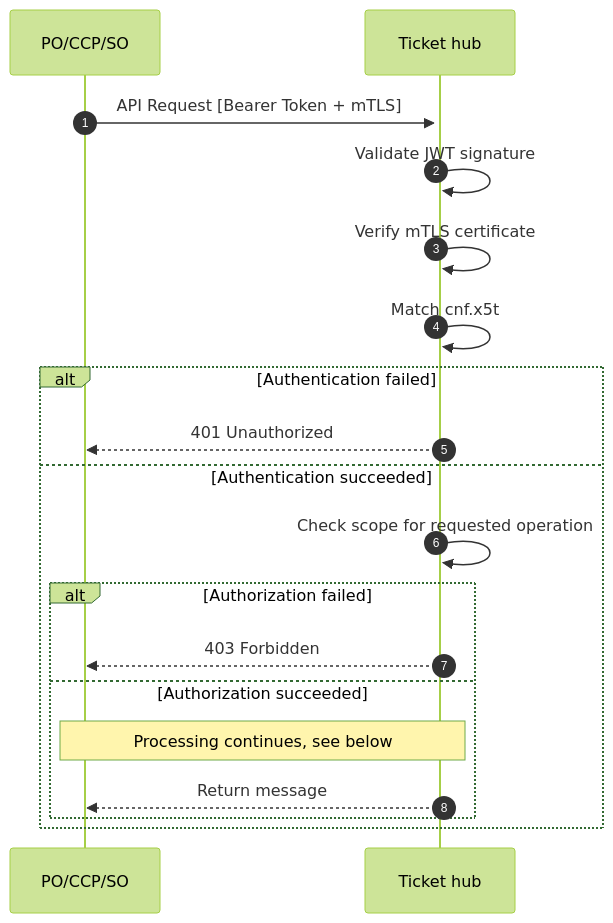
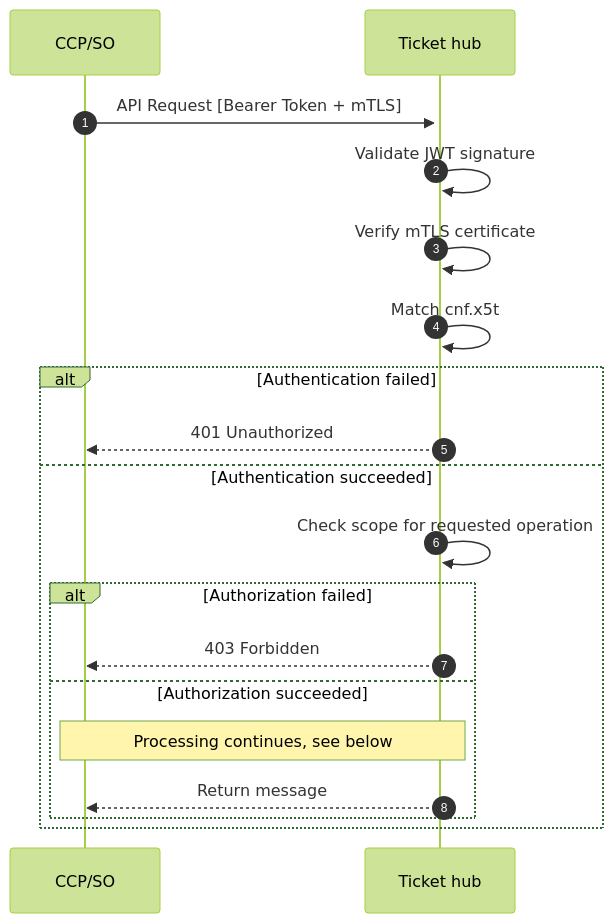
The diagram in technical_details.md (HUSST-de/ABT-Ticketspeicher-Schnittstelle), drawn with Mermaid (forest theme) before and after one commit. The commit also changed other lines of this file and 4 other files, not shown here.

````diff
--- a/technical_details.md
+++ b/technical_details.md
@@ -89,26 +89,26 @@
 ```mermaid
 sequenceDiagram
     autonumber
-    participant Client as PO/CCP/SO
+    participant Client as CCP/SO
     participant Tickethub as Ticket hub
 
     Client->>+Tickethub: API Request [Bearer Token + mTLS]
 
     Tickethub->>Tickethub: Validate JWT signature
     Tickethub->>Tickethub: Verify mTLS certificate
     Tickethub->>Tickethub: Match cnf.x5t#S256 with cert thumbprint
 
     alt Authentication failed
         Tickethub-->>Client: 401 Unauthorized
     else Authentication succeeded
         Tickethub->>Tickethub: Check scope for requested operation
 
         alt Authorization failed
             Tickethub-->>Client: 403 Forbidden
         else Authorization succeeded
             note over Client,Tickethub: Processing continues, see below
             Tickethub-->>Client: Return message
         end
     end
 
 ```
````
